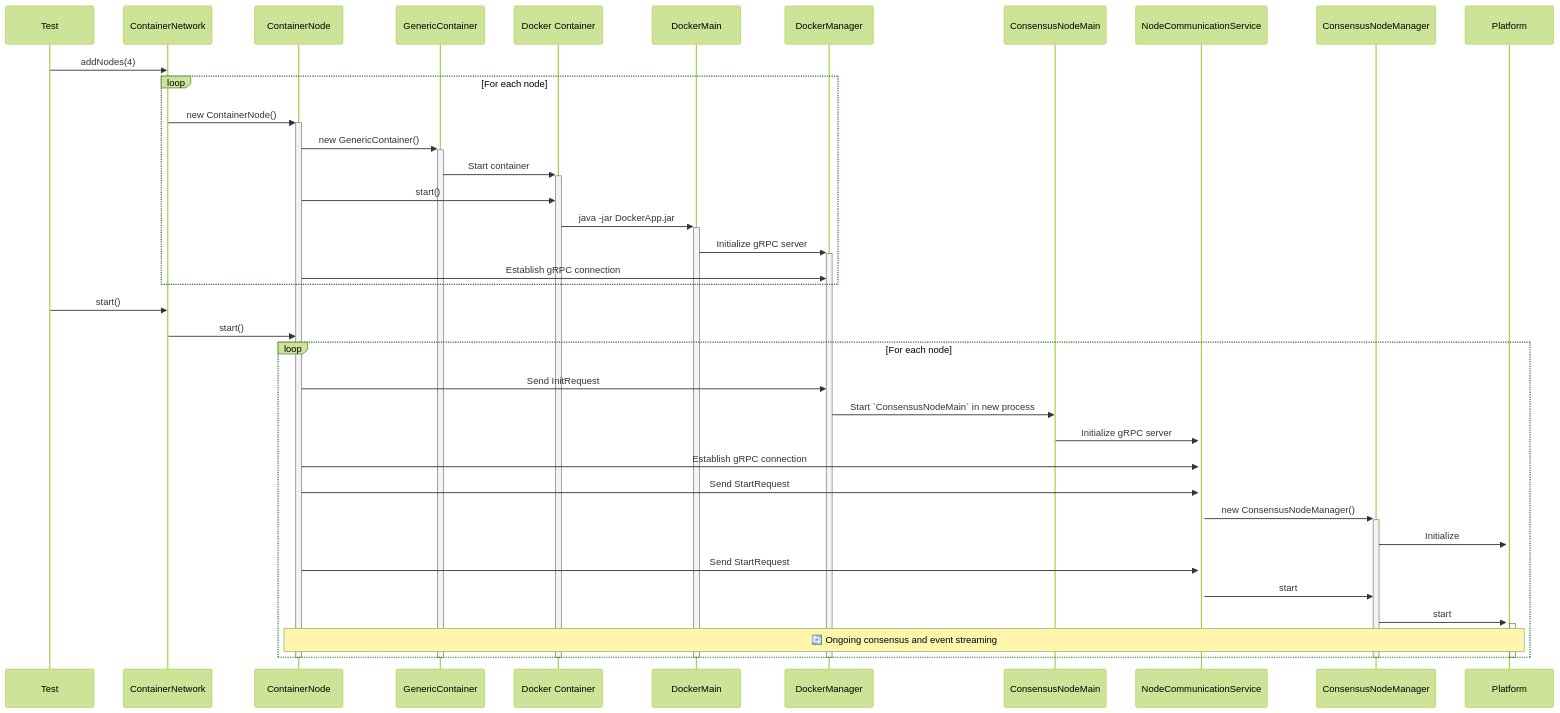
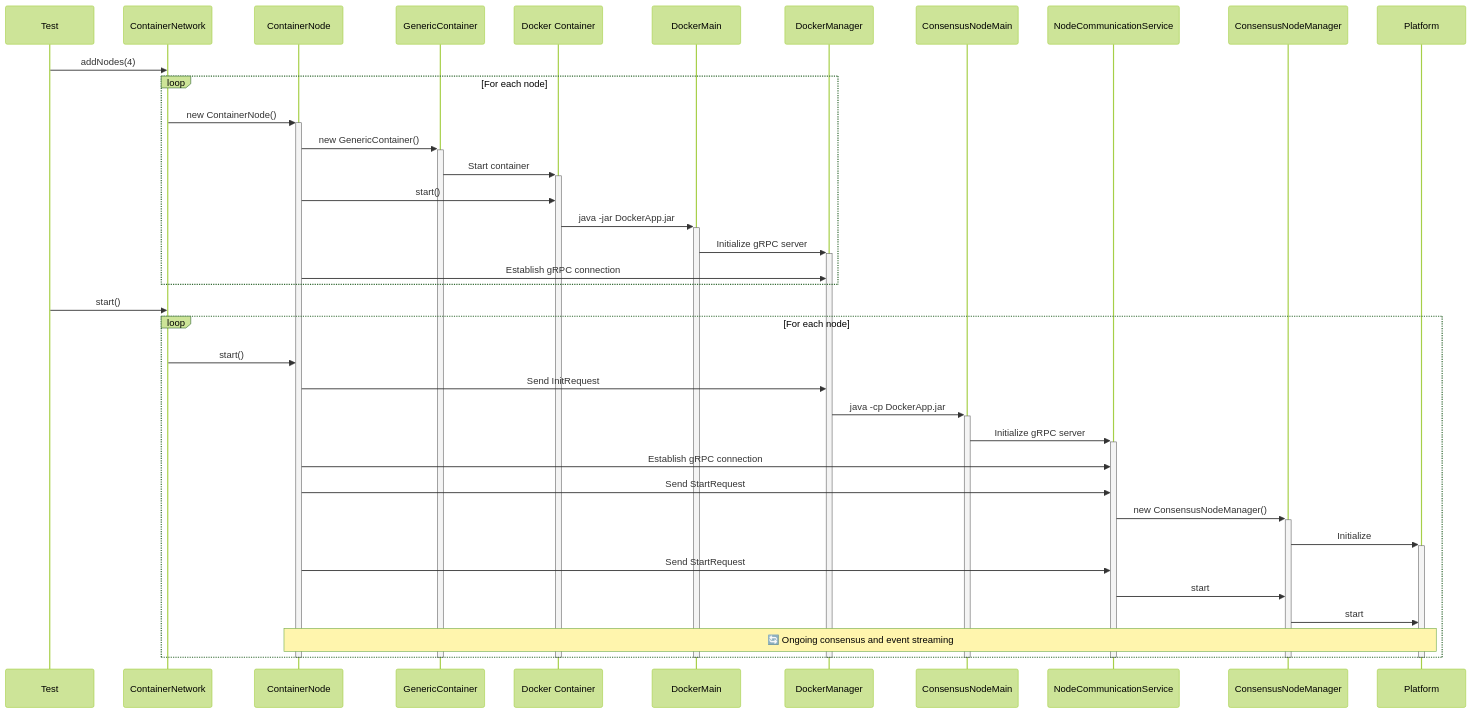
One commit to hiero-ledger/hiero-consensus-node changed the third of 5 diagrams in platform-sdk/consensus-otter-tests/docs/container-environment.md. Above: the diagram before and after it, drawn with Mermaid (forest theme). The commit also changed other lines of this file, not shown here.

````diff
--- a/platform-sdk/consensus-otter-tests/docs/container-environment.md
+++ b/platform-sdk/consensus-otter-tests/docs/container-environment.md
@@ -225,50 +225,52 @@
 ```mermaid
 sequenceDiagram
     participant Test as Test
     participant ContainerNetwork
     participant ContainerNode
     participant GenericContainer
     participant Container as Docker Container
     participant DockerMain
     participant DockerManager
     participant ConsensusNodeMain
     participant NodeCommunicationService
     participant ConsensusNodeManager
     participant Platform
     Test ->> ContainerNetwork: addNodes(4)
 
     loop For each node
         ContainerNetwork ->>+ ContainerNode: new ContainerNode()
         ContainerNode ->>+ GenericContainer: new GenericContainer()
         GenericContainer ->>+ Container: Start container
         ContainerNode ->> Container: start()
         Container ->>+ DockerMain: java -jar DockerApp.jar
         DockerMain ->>+ DockerManager: Initialize gRPC server
         ContainerNode ->> DockerManager: Establish gRPC connection
     end
 
     Test ->> ContainerNetwork: start()
-    ContainerNetwork ->> ContainerNode: start()
 
     loop For each node
+        ContainerNetwork ->> ContainerNode: start()
         ContainerNode ->> DockerManager: Send InitRequest
-        DockerManager ->> ConsensusNodeMain: Start `ConsensusNodeMain` in new process
+        DockerManager ->>+ ConsensusNodeMain: java -cp DockerApp.jar
         ConsensusNodeMain ->>+ NodeCommunicationService: Initialize gRPC server
         ContainerNode ->> NodeCommunicationService: Establish gRPC connection
         ContainerNode ->> NodeCommunicationService: Send StartRequest
         NodeCommunicationService ->>+ ConsensusNodeManager: new ConsensusNodeManager()
         ConsensusNodeManager ->>+ Platform: Initialize
         ContainerNode ->> NodeCommunicationService: Send StartRequest
         NodeCommunicationService ->> ConsensusNodeManager: start
-        ConsensusNodeManager ->>+ Platform: start
+        ConsensusNodeManager ->> Platform: start
         Note over ContainerNode, Platform: 🔄 Ongoing consensus and event streaming
     end
 
     deactivate ContainerNode
     deactivate GenericContainer
+    deactivate ConsensusNodeMain
     deactivate Container
     deactivate DockerMain
     deactivate DockerManager
     deactivate ConsensusNodeManager
+    deactivate NodeCommunicationService
     deactivate Platform
 ```
````
